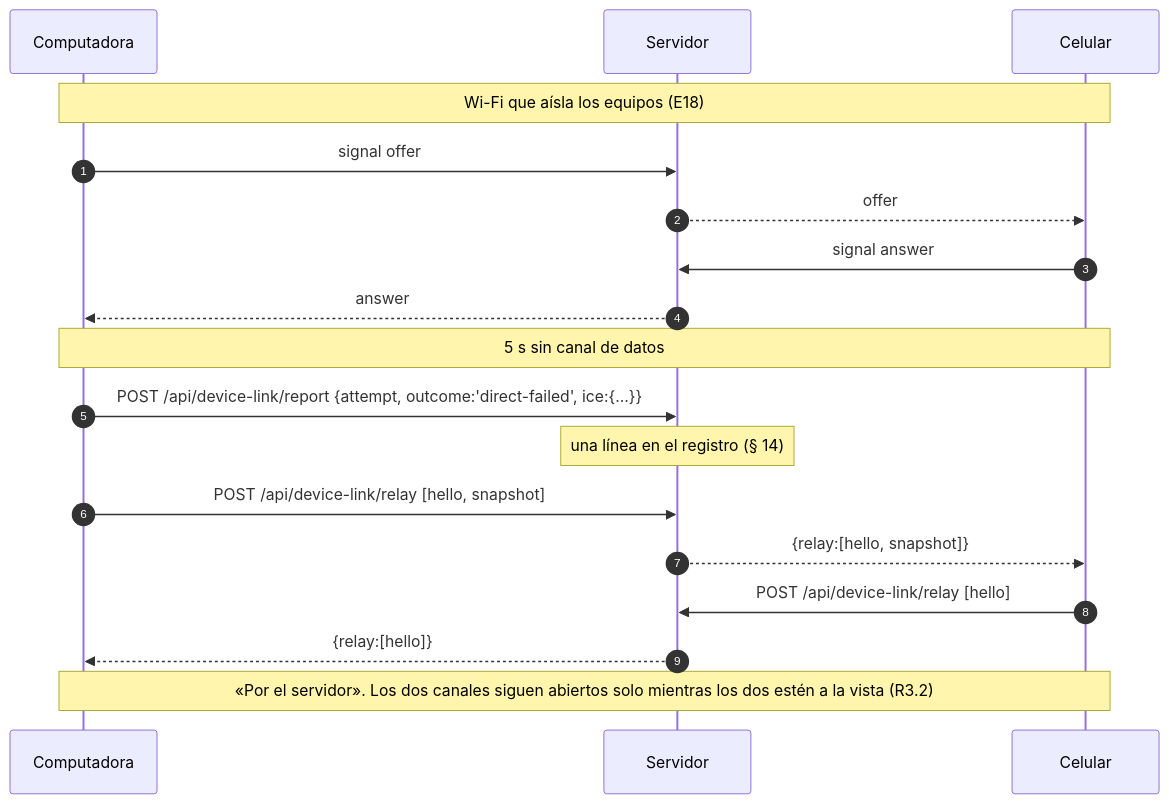
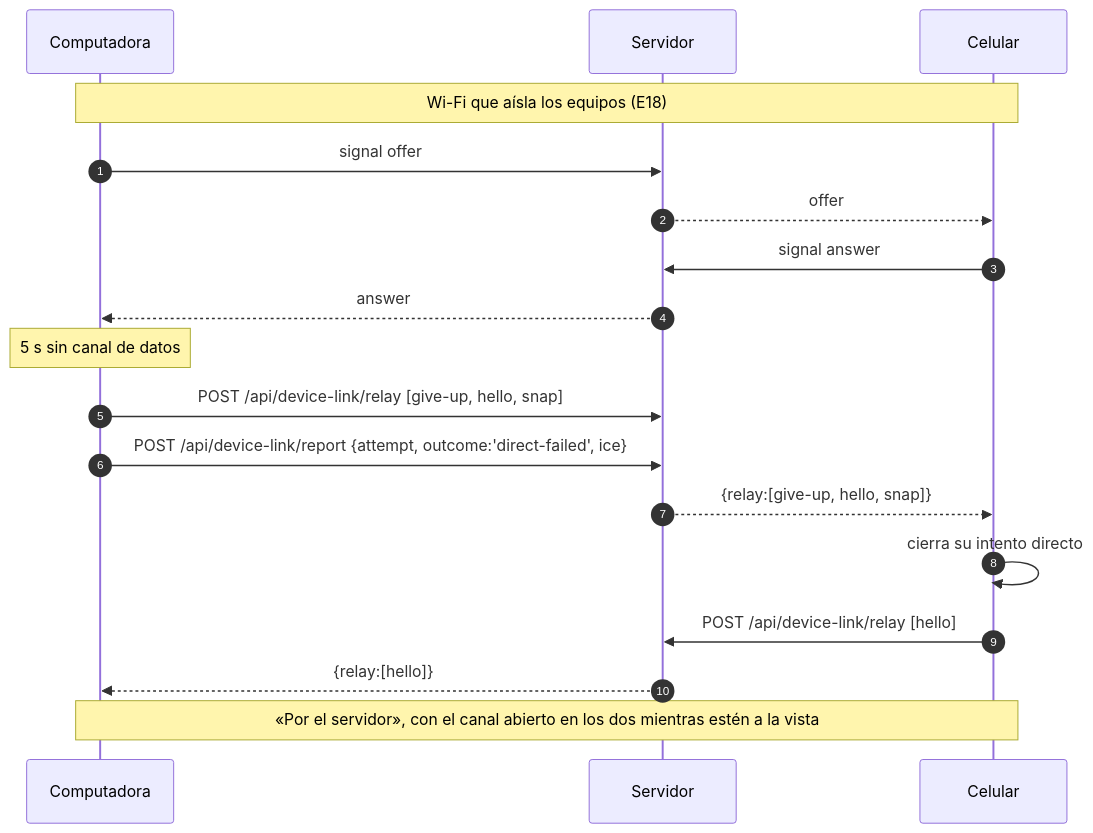
One commit to carlos-illobre/ferrebress changed the fifth of 13 diagrams in docs/technical/modules/device-link.md. Above: the diagram before and after it, drawn with Mermaid. The commit also changed other lines of this file and 10 other files, not shown here.

First line of the commit message:
03a · paso 5: el diseño del vínculo corregido con las dos revisiones

````diff
--- a/docs/technical/modules/device-link.md
+++ b/docs/technical/modules/device-link.md
@@ -413,20 +468,20 @@
 ```mermaid
 sequenceDiagram
   autonumber
   participant PC as Computadora
   participant S as Servidor
   participant CE as Celular
   Note over PC,CE: Wi-Fi que aísla los equipos (E18)
   PC->>S: signal offer
   S-->>CE: offer
   CE->>S: signal answer
   S-->>PC: answer
-  Note over PC,CE: 5 s sin canal de datos
-  PC->>S: POST /api/device-link/report {attempt, outcome:'direct-failed', ice:{…}}
-  Note over S: una línea en el registro (§ 14)
-  PC->>S: POST /api/device-link/relay [hello, snapshot]
-  S-->>CE: {relay:[hello, snapshot]}
+  Note over PC: 5 s sin canal de datos
+  PC->>S: POST /api/device-link/relay [give-up, hello, snap]
+  PC->>S: POST /api/device-link/report {attempt, outcome:'direct-failed', ice}
+  S-->>CE: {relay:[give-up, hello, snap]}
+  CE->>CE: cierra su intento directo
   CE->>S: POST /api/device-link/relay [hello]
   S-->>PC: {relay:[hello]}
-  Note over PC,CE: «Por el servidor». Los dos canales siguen abiertos solo mientras los dos estén a la vista (R3.2)
+  Note over PC,CE: «Por el servidor», con el canal abierto en los dos mientras estén a la vista
 ```
````
